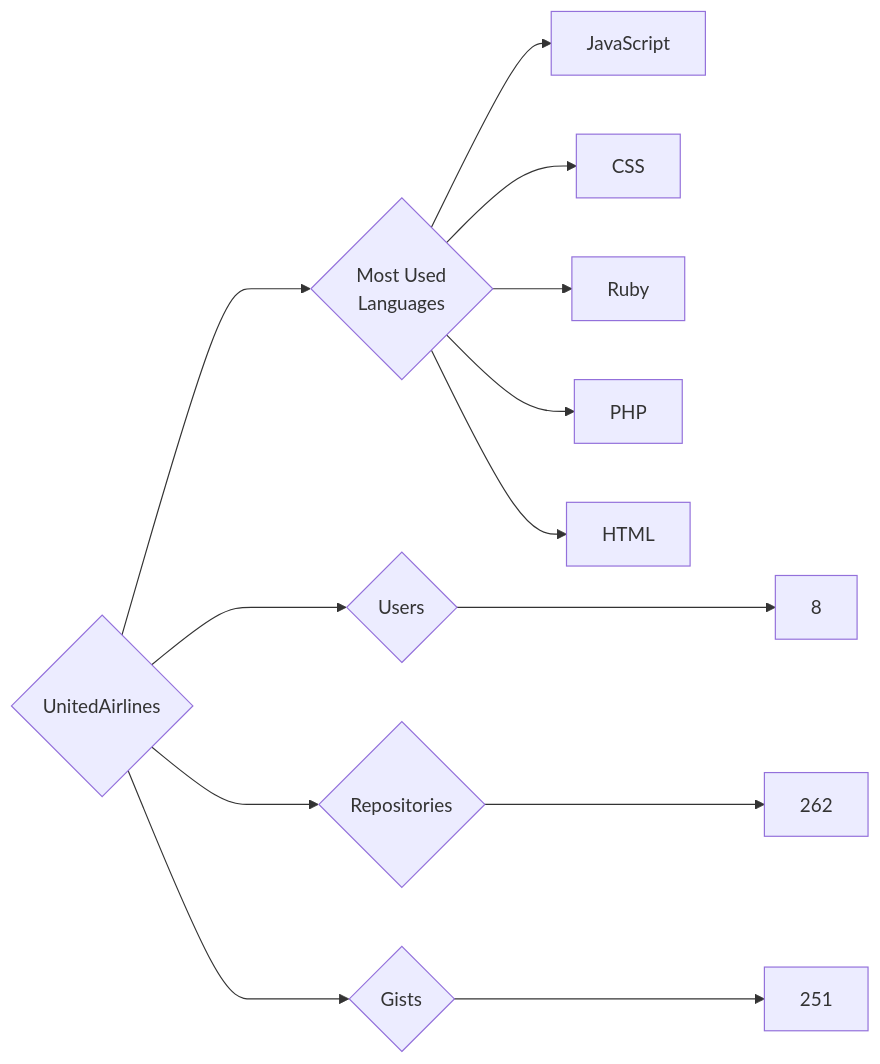
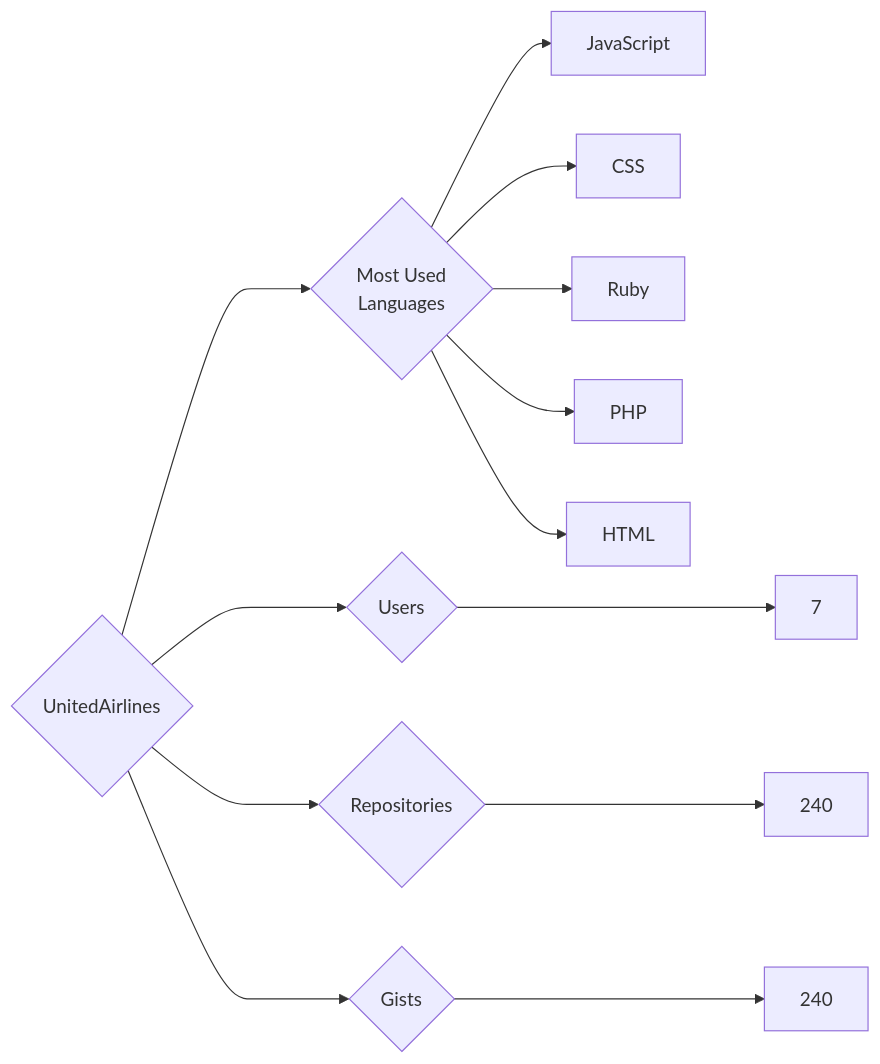
One commit to trickest/insiders changed the diagram in targets/UnitedAirlines/README.md. Above: the diagram before and after it, drawn with Mermaid. The commit also changed 1479 other files, not shown here.

````diff
--- a/targets/UnitedAirlines/README.md
+++ b/targets/UnitedAirlines/README.md
@@ -3,13 +3,13 @@
 ```mermaid
 graph LR
 COMPANY_NAME{UnitedAirlines}
-COMPANY_NAME ---> U{Users} ---> UN[8]
-COMPANY_NAME ---> R{Repositories} ---> RN[262]
-COMPANY_NAME ---> G{Gists} ---> GN[251]
+COMPANY_NAME ---> U{Users} ---> UN[7]
+COMPANY_NAME ---> R{Repositories} ---> RN[240]
+COMPANY_NAME ---> G{Gists} ---> GN[240]
 COMPANY_NAME ---> ML{Most Used<br>Languages}
 ML --> JavaScript[JavaScript]
 ML --> CSS[CSS]
 ML --> Ruby[Ruby]
 ML --> PHP[PHP]
 ML --> HTML[HTML]
 ```
````
